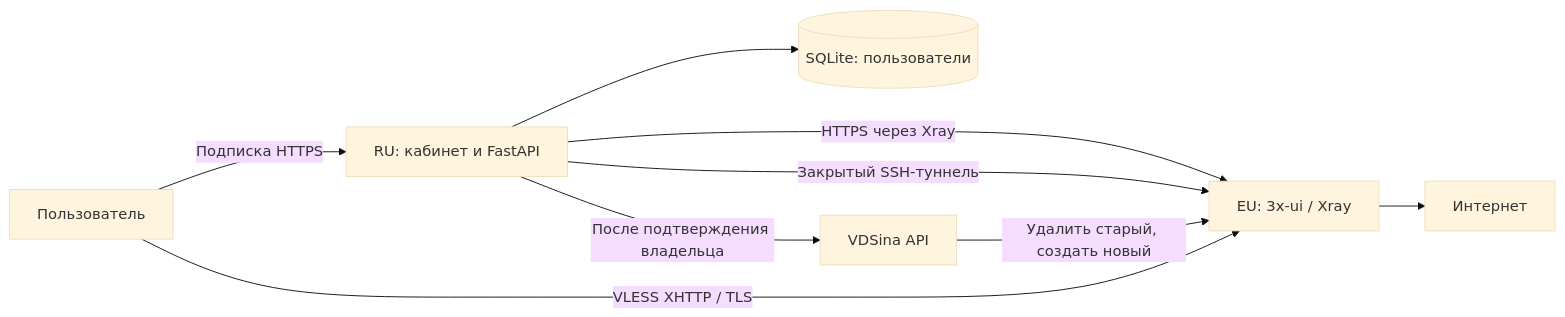
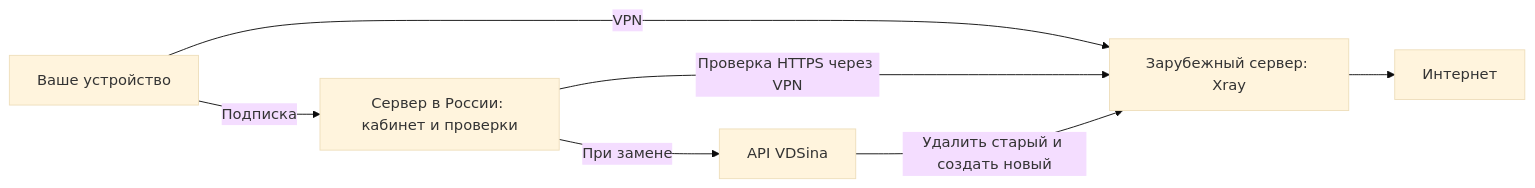
The diagram in README.md (almuleev/asmove-vpn), drawn with Mermaid (base theme) before and after one commit. The commit also changed other lines of this file and 56 other files, not shown here.

````diff
--- a/README.md
+++ b/README.md
@@ -28,11 +39,9 @@
 ```mermaid
 flowchart LR
-    User[Пользователь] -->|Подписка HTTPS| RU[RU: кабинет и FastAPI]
-    RU --> DB[(SQLite: пользователи)]
-    User -->|VLESS XHTTP / TLS| EU[EU: 3x-ui / Xray]
-    RU -->|HTTPS через Xray| EU
-    RU -->|Закрытый SSH-туннель| EU
-    RU -->|После подтверждения владельца| API[VDSina API]
-    API -->|Удалить старый, создать новый| EU
-    EU --> Internet[Интернет]
+    U[Ваше устройство] -->|Подписка| RU[Сервер в России: кабинет и проверки]
+    U -->|VPN| EU[Зарубежный сервер: Xray]
+    RU -->|Проверка HTTPS через VPN| EU
+    RU -->|При замене| API[API VDSina]
+    API -->|Удалить старый и создать новый| EU
+    EU --> NET[Интернет]
 ```
````
